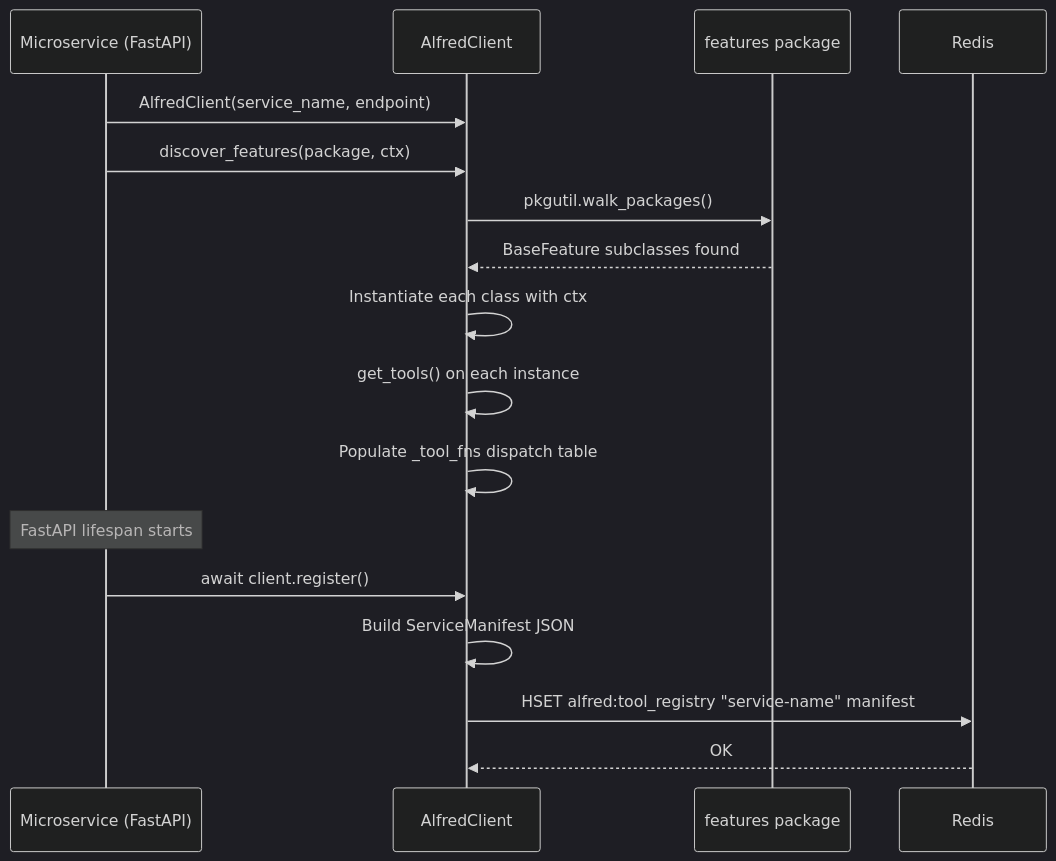
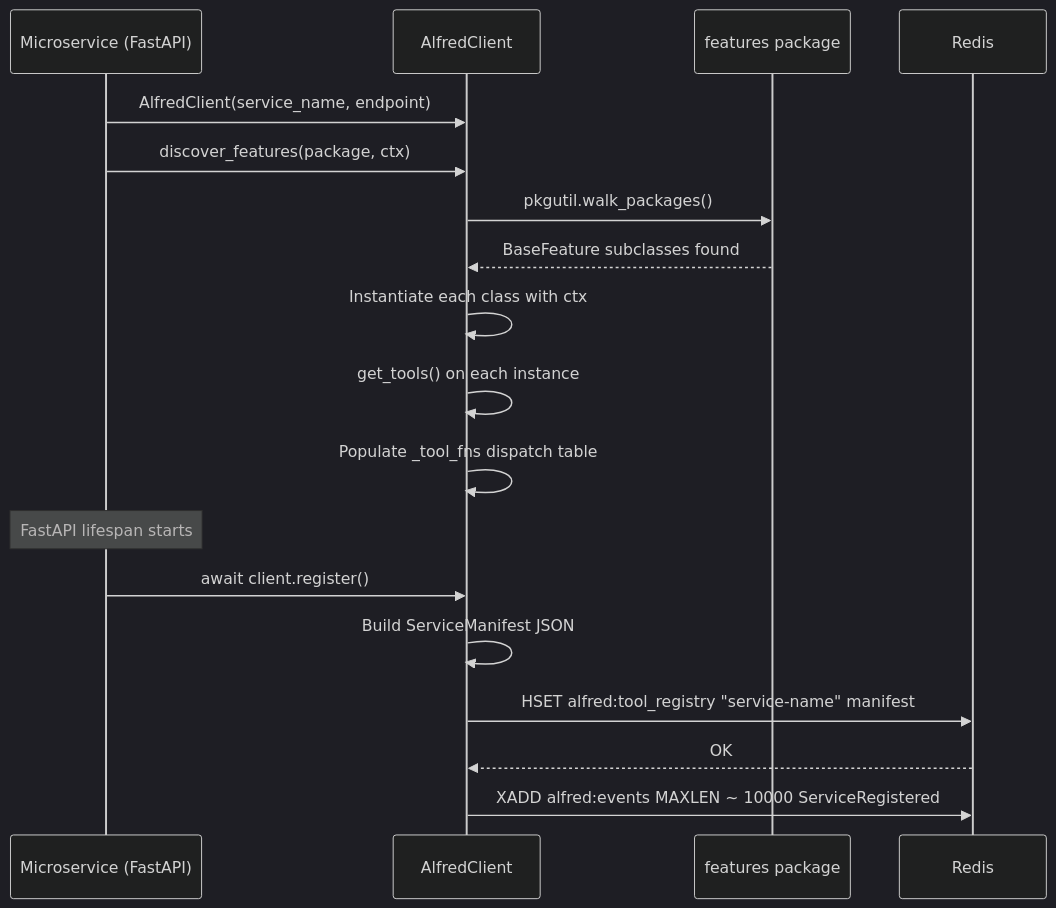
The second of 4 diagrams in docs/sdk.md (anirudhlath/alfred), drawn with Mermaid (dark theme) before and after one commit. The commit also changed other lines of this file and 39 other files, not shown here.

First line of the commit message:
feat(sdk)!: own live home state in alfred_sdk.live_state, written per event (#283)

````diff
--- a/docs/sdk.md
+++ b/docs/sdk.md
@@ -391,20 +426,21 @@
 ```mermaid
 sequenceDiagram
     participant App as Microservice (FastAPI)
     participant SDK as AlfredClient
     participant Pkg as features package
     participant Redis as Redis
 
     App->>SDK: AlfredClient(service_name, endpoint)
     App->>SDK: discover_features(package, ctx)
     SDK->>Pkg: pkgutil.walk_packages()
     Pkg-->>SDK: BaseFeature subclasses found
     SDK->>SDK: Instantiate each class with ctx
     SDK->>SDK: get_tools() on each instance
     SDK->>SDK: Populate _tool_fns dispatch table
     Note over App: FastAPI lifespan starts
     App->>SDK: await client.register()
     SDK->>SDK: Build ServiceManifest JSON
     SDK->>Redis: HSET alfred:tool_registry "service-name" manifest
     Redis-->>SDK: OK
+    SDK->>Redis: XADD alfred:events MAXLEN ~ 10000 ServiceRegistered
 ```
````
